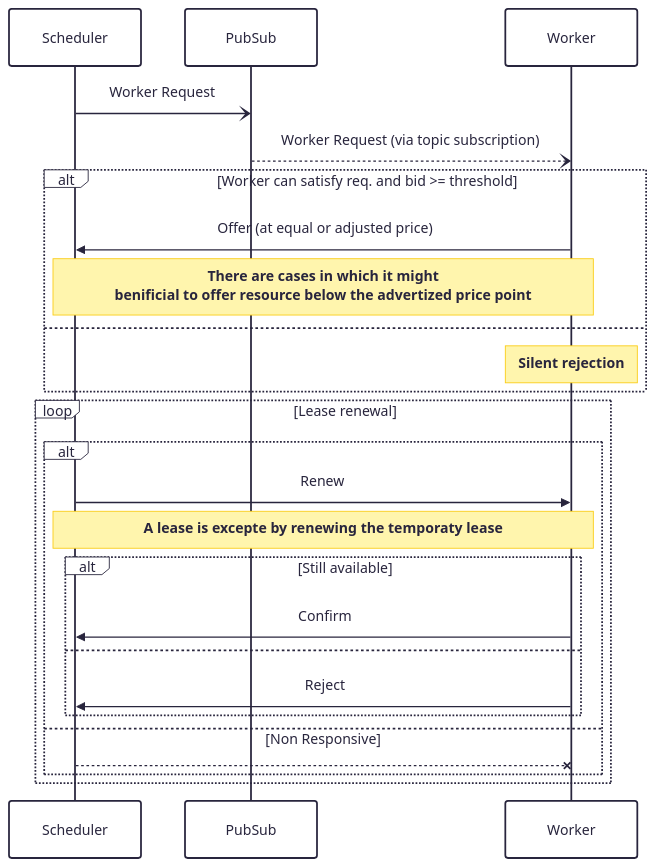
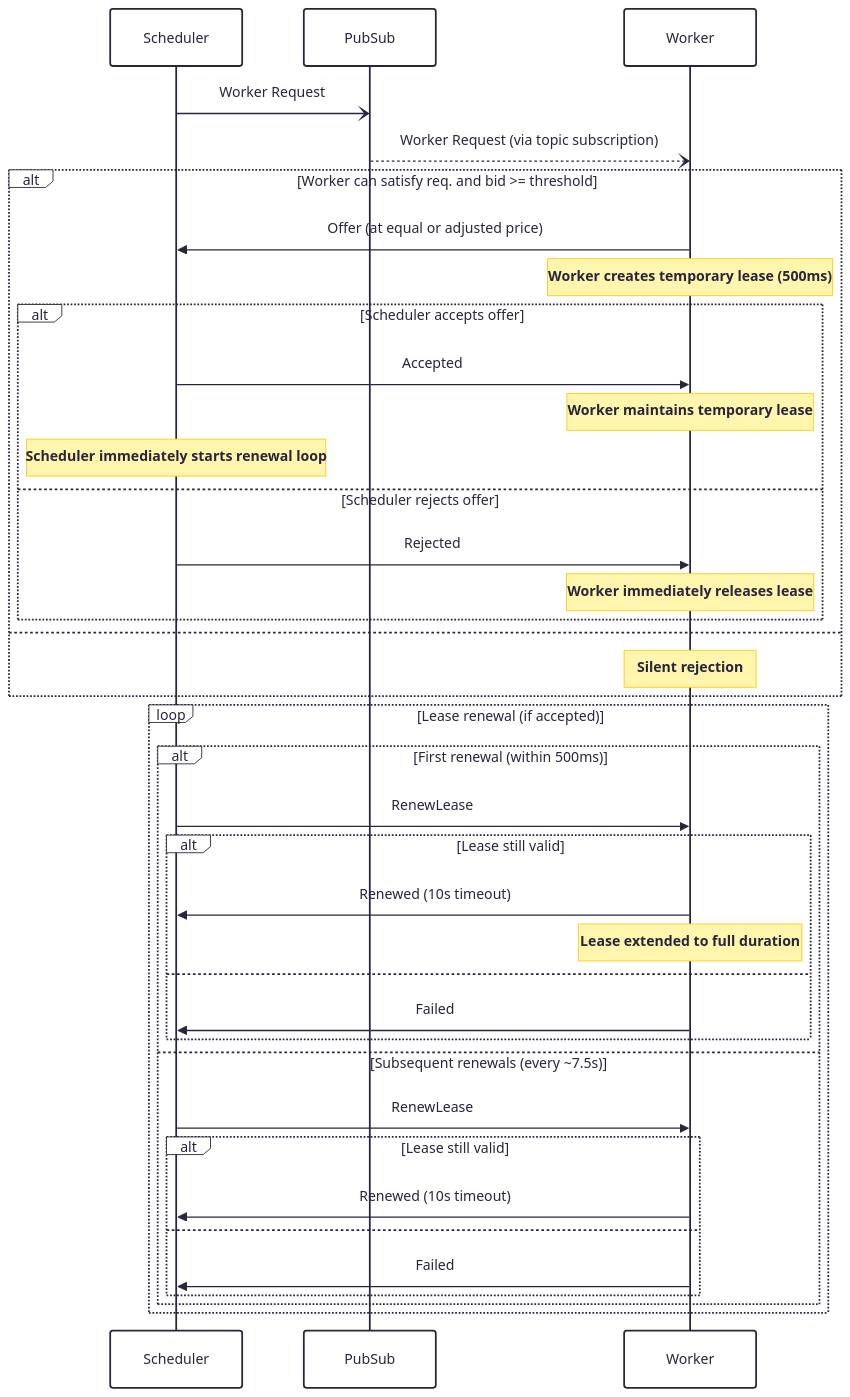
Before and after one commit to hypha-space/hypha: the first of 2 diagrams in rfc/2025-08-04_decentralized_resource_allocation_protocol.md, drawn with Mermaid. The commit also changed other lines of this file and 3 other files, not shown here.

First line of the commit message:
feat(protocol): redesign worker-scheduler protocol with explicit accept/reject

````diff
--- a/rfc/2025-08-04_decentralized_resource_allocation_protocol.md
+++ b/rfc/2025-08-04_decentralized_resource_allocation_protocol.md
@@ -46,33 +46,45 @@
 ```mermaid
 ---
 config:
   theme: redux
 ---
 sequenceDiagram
     participant S as Scheduler
     participant P as PubSub
     participant W as Worker
     S-)P:  Worker Request
     P--)W: Worker Request (via topic subscription)
     alt Worker can satisfy req. and bid >= threshold
         W->>S: Offer (at equal or adjusted price)
-        Note over S,W: There are cases in which it might<br>benificial to offer resource below the advertized price point
+        Note over W: Worker creates temporary lease (500ms)
+        alt Scheduler accepts offer
+            S->>W: Accepted
+            Note over W: Worker maintains temporary lease
+            Note over S: Scheduler immediately starts renewal loop
+        else Scheduler rejects offer
+            S->>W: Rejected
+            Note over W: Worker immediately releases lease
+        end
     else
         Note over W: Silent rejection
     end
 
-    loop Lease renewal
-        alt
-            S->>W: Renew
-            Note over S,W: A lease is excepte by renewing the temporaty lease
-
-        alt Still available
-            W->>S: Confirm
-        else
-            W->>S: Reject
-        end
-        else Non Responsive
-            S--xW:
+    loop Lease renewal (if accepted)
+        alt First renewal (within 500ms)
+            S->>W: RenewLease
+            alt Lease still valid
+                W->>S: Renewed (10s timeout)
+                Note over W: Lease extended to full duration
+            else
+                W->>S: Failed
+            end
+        else Subsequent renewals (every ~7.5s)
+            S->>W: RenewLease
+            alt Lease still valid
+                W->>S: Renewed (10s timeout)
+            else
+                W->>S: Failed
+            end
         end
     end
 ```
````
